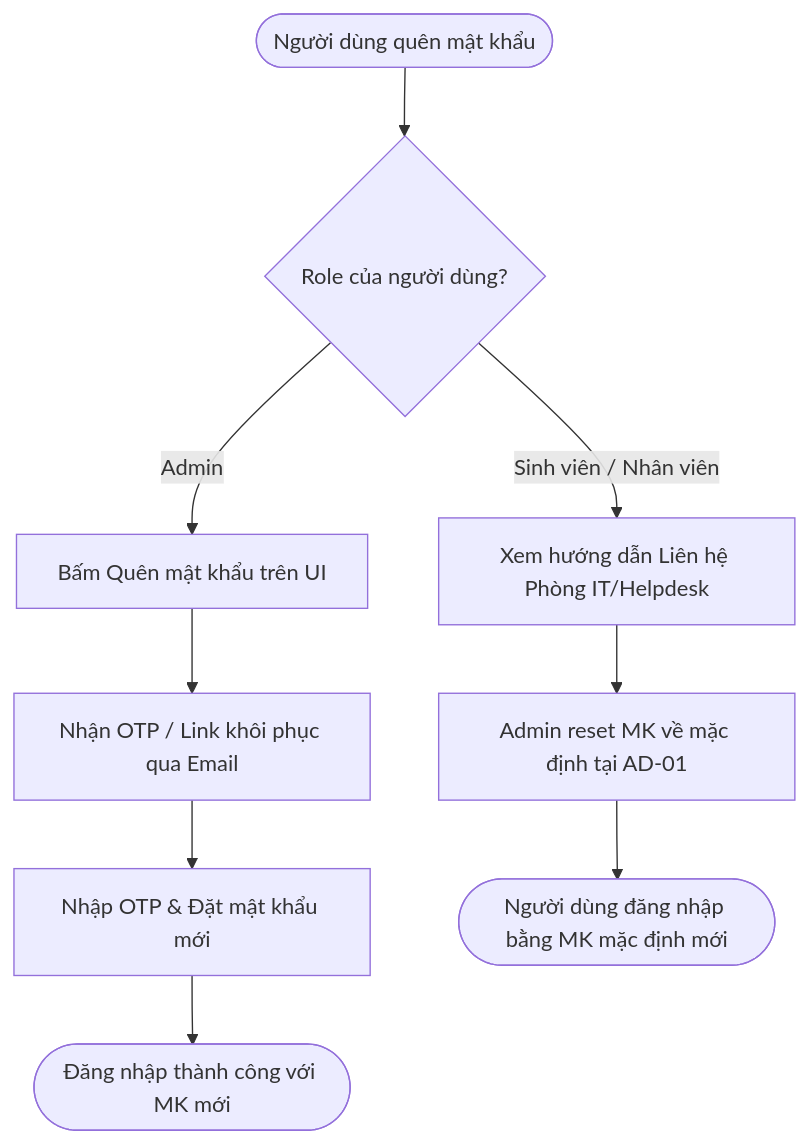
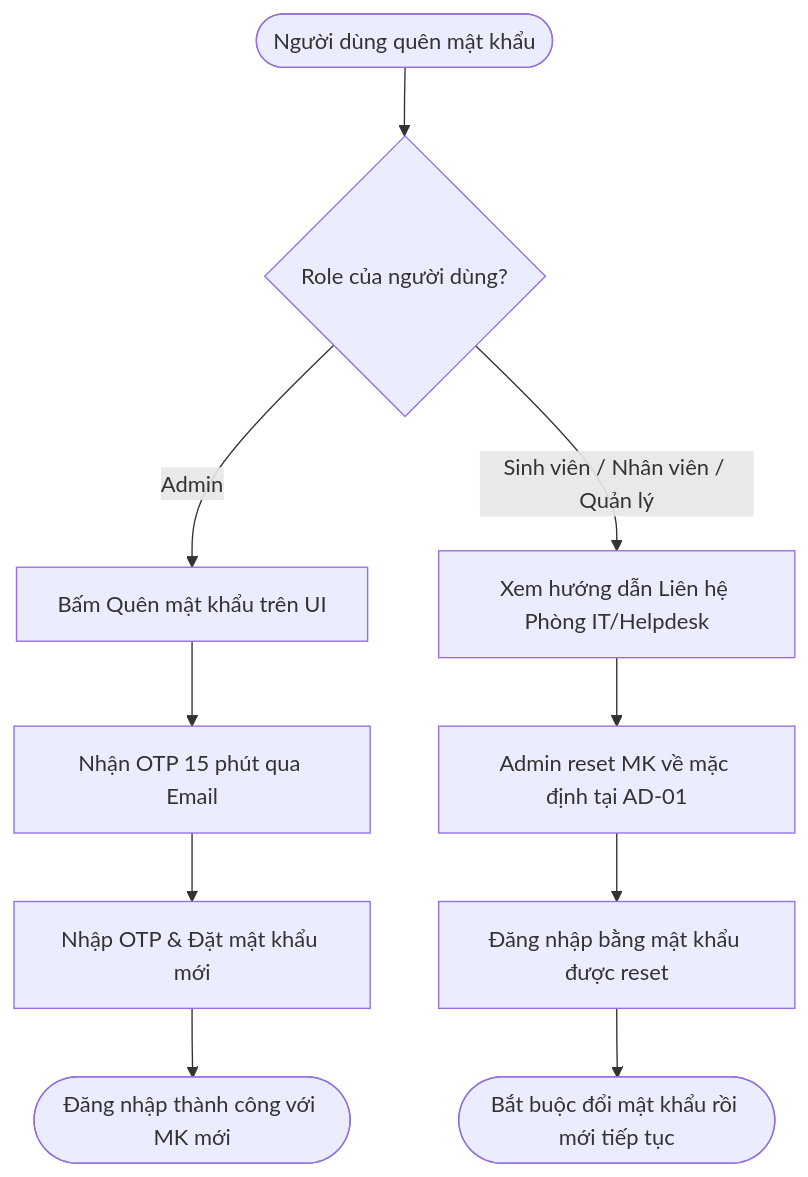
The third of 4 diagrams in docs/workflows/00-quy-trinh-chung.md (IvyPear/UniSupport), drawn with Mermaid before and after one commit. The commit also changed other lines of this file and 38 other files, not shown here.

````diff
--- a/docs/workflows/00-quy-trinh-chung.md
+++ b/docs/workflows/00-quy-trinh-chung.md
@@ -92,11 +94,12 @@
 ```mermaid
 graph TD
     A([Người dùng quên mật khẩu]) --> B{Role của người dùng?}
     B -->|Admin| C[Bấm Quên mật khẩu trên UI]
-    C --> D[Nhận OTP / Link khôi phục qua Email]
+    C --> D[Nhận OTP 15 phút qua Email]
     D --> E[Nhập OTP & Đặt mật khẩu mới]
     E --> F([Đăng nhập thành công với MK mới])
-    B -->|Sinh viên / Nhân viên| G[Xem hướng dẫn Liên hệ Phòng IT/Helpdesk]
+    B -->|Sinh viên / Nhân viên / Quản lý| G[Xem hướng dẫn Liên hệ Phòng IT/Helpdesk]
     G --> H[Admin reset MK về mặc định tại AD-01]
-    H --> I([Người dùng đăng nhập bằng MK mặc định mới])
+    H --> I[Đăng nhập bằng mật khẩu được reset]
+    I --> J([Bắt buộc đổi mật khẩu rồi mới tiếp tục])
 ```
````
